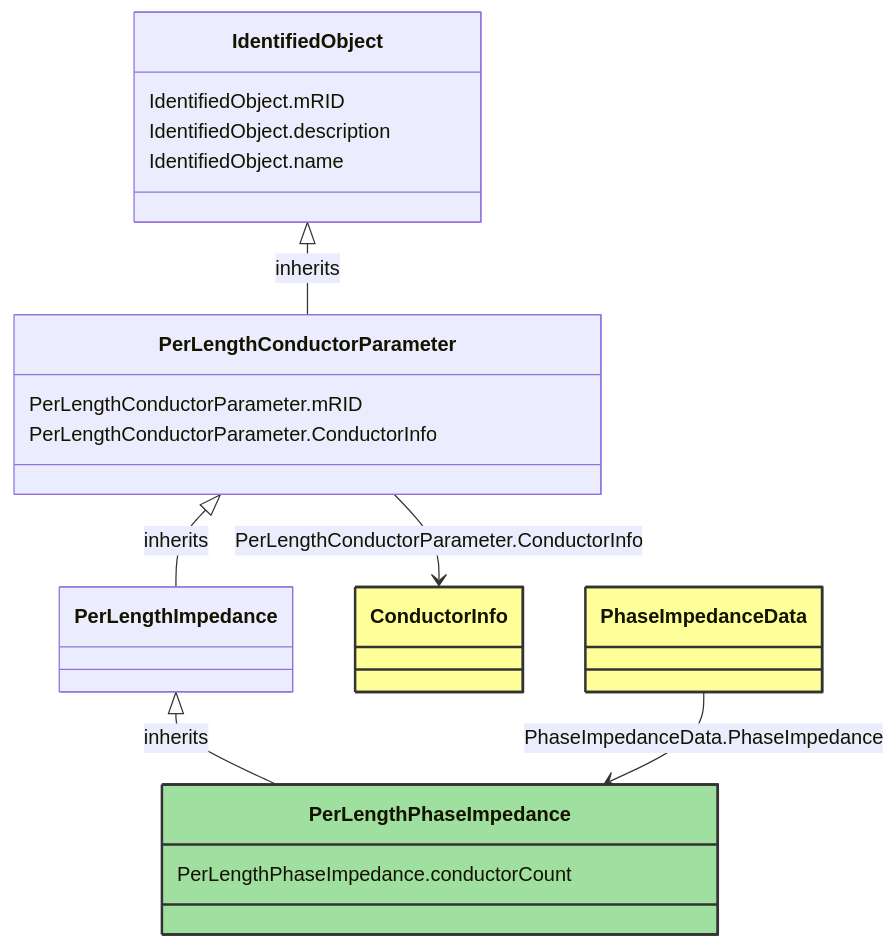
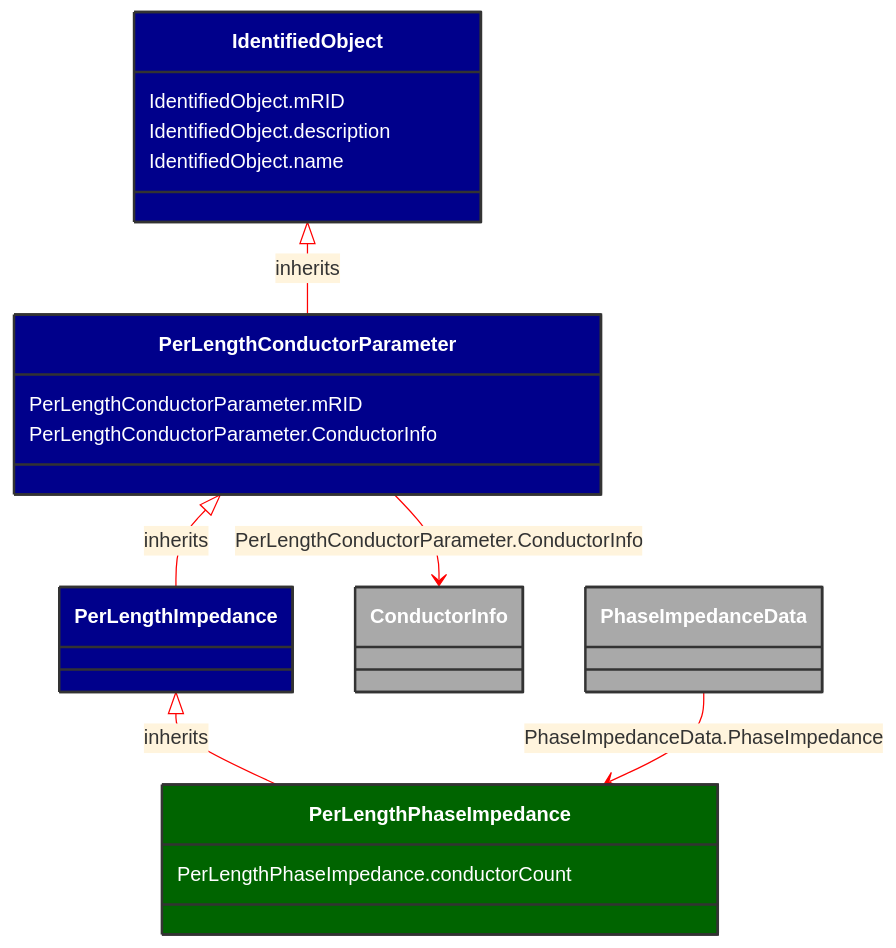
Before and after one commit to 3lbits/NoCIMExtensions: the diagram in docs/Models/Profiles/SubseaCableInfo/ConcreteClasses/PerLengthPhaseImpedance.md, drawn with Mermaid. The commit also changed 58 other files, not shown here.

````diff
--- a/docs/Models/Profiles/SubseaCableInfo/ConcreteClasses/PerLengthPhaseImpedance.md
+++ b/docs/Models/Profiles/SubseaCableInfo/ConcreteClasses/PerLengthPhaseImpedance.md
@@ -8,42 +8,43 @@
 ```mermaid
+%%{init: {'theme':'base','themeVariables': {'lineColor': '#FF0000'}}}%%
 classDiagram
     class PerLengthPhaseImpedance
     click PerLengthPhaseImpedance href "/Models/Profiles/SubseaCableInfo/ConcreteClasses/PerLengthPhaseImpedance/"
-    style PerLengthPhaseImpedance fill:#9fdf9f,stroke:#333,stroke-width:2px,rx:10,ry:10
+    style PerLengthPhaseImpedance fill:#006400,stroke:#333,stroke-width:2px,rx:10,ry:10,color:white
 
         PerLengthImpedance <|-- PerLengthPhaseImpedance : inherits
             click PerLengthImpedance href "/Models/Profiles/SubseaCableInfo/AbstractClasses/PerLengthImpedance/"
-            style PerLengthImpedance rx:10,ry:10
+            style PerLengthImpedance fill:#00008B,stroke:#333,stroke-width:2px,rx:10,ry:10,color:white
 
         PerLengthPhaseImpedance
             click PerLengthPhaseImpedance href "/Models/Profiles/SubseaCableInfo/ConcreteClasses/PerLengthPhaseImpedance/"
-            style PerLengthPhaseImpedance rx:10,ry:10
+            style PerLengthImpedance fill:#00008B,stroke:#333,stroke-width:2px,rx:10,ry:10,color:white
 
         PerLengthConductorParameter <|-- PerLengthImpedance : inherits
             click PerLengthConductorParameter href "/Models/Profiles/SubseaCableInfo/AbstractClasses/PerLengthConductorParameter/"
-            style PerLengthConductorParameter rx:10,ry:10
+            style PerLengthConductorParameter fill:#00008B,stroke:#333,stroke-width:2px,rx:10,ry:10,color:white
 
         IdentifiedObject <|-- PerLengthConductorParameter : inherits
             click IdentifiedObject href "/Models/Profiles/SubseaCableInfo/AbstractClasses/IdentifiedObject/"
-            style IdentifiedObject rx:10,ry:10
+            style IdentifiedObject fill:#00008B,stroke:#333,stroke-width:2px,rx:10,ry:10,color:white
 
         PerLengthConductorParameter --> ConductorInfo : PerLengthConductorParameter.ConductorInfo
 
         ConductorInfo
             click ConductorInfo href "/Models/Profiles/SubseaCableInfo/AbstractClasses/ConductorInfo/"
-            style ConductorInfo fill:#ffff99,stroke:#333,stroke-width:2px,rx:10,ry:10
+            style ConductorInfo fill:#A9A9A9,stroke:#333,stroke-width:2px,rx:10,ry:10,color:white
 
         PhaseImpedanceData --> PerLengthPhaseImpedance : PhaseImpedanceData.PhaseImpedance
 
         PhaseImpedanceData
             click PhaseImpedanceData href "/Models/Profiles/SubseaCableInfo/ConcreteClasses/PhaseImpedanceData/"
-            style PhaseImpedanceData fill:#ffff99,stroke:#333,stroke-width:2px,rx:10,ry:10
+            style PhaseImpedanceData fill:#A9A9A9,stroke:#333,stroke-width:2px,rx:10,ry:10,color:white
 
 
         PerLengthPhaseImpedance : PerLengthPhaseImpedance.conductorCount
         PerLengthConductorParameter : PerLengthConductorParameter.mRID
         PerLengthConductorParameter : PerLengthConductorParameter.ConductorInfo
         IdentifiedObject : IdentifiedObject.mRID
         IdentifiedObject : IdentifiedObject.description
         IdentifiedObject : IdentifiedObject.name
 ```
````
